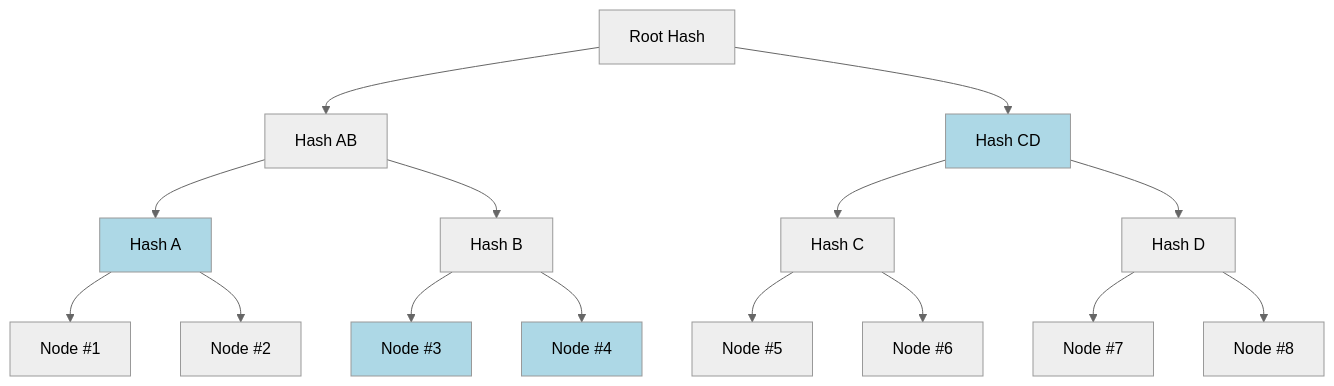
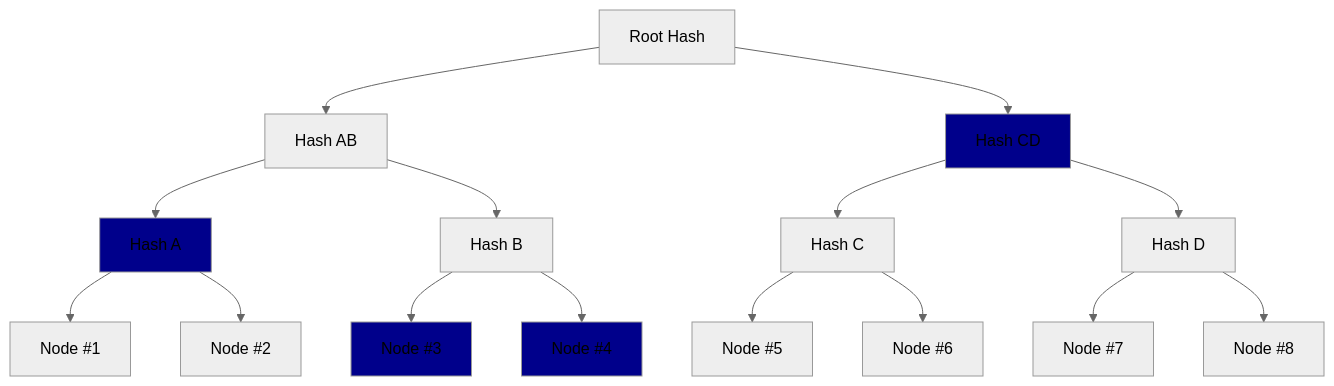
Before and after one commit to stackup-wallet/keystore: the first of 3 diagrams in doc/spec.md, drawn with Mermaid (neutral theme).

Commit message:
Update spec

````diff
--- a/doc/spec.md
+++ b/doc/spec.md
@@ -48,28 +48,28 @@
 ```mermaid
 graph TD
     RootHash[Root Hash] --> HashAB[Hash AB]
     RootHash --> HashCD[Hash CD]
 
     HashAB --> HashA[Hash A]
     HashAB --> HashB[Hash B]
 
     HashCD --> HashC[Hash C]
     HashCD --> HashD[Hash D]
 
     HashA --> Config1[Node #1]
     HashA --> Config2[Node #2]
 
     HashB --> Config3[Node #3]
     HashB --> Config4[Node #4]
 
     HashC --> Config5[Node #5]
     HashC --> Config6[Node #6]
 
     HashD --> Config7[Node #7]
     HashD --> Config8[Node #8]
 
-    style Config3 fill:lightblue
-    style Config4 fill:lightblue
-    style HashA fill:lightblue
-    style HashCD fill:lightblue
+    style Config3 fill:darkblue
+    style Config4 fill:darkblue
+    style HashA fill:darkblue
+    style HashCD fill:darkblue
 ```
````
